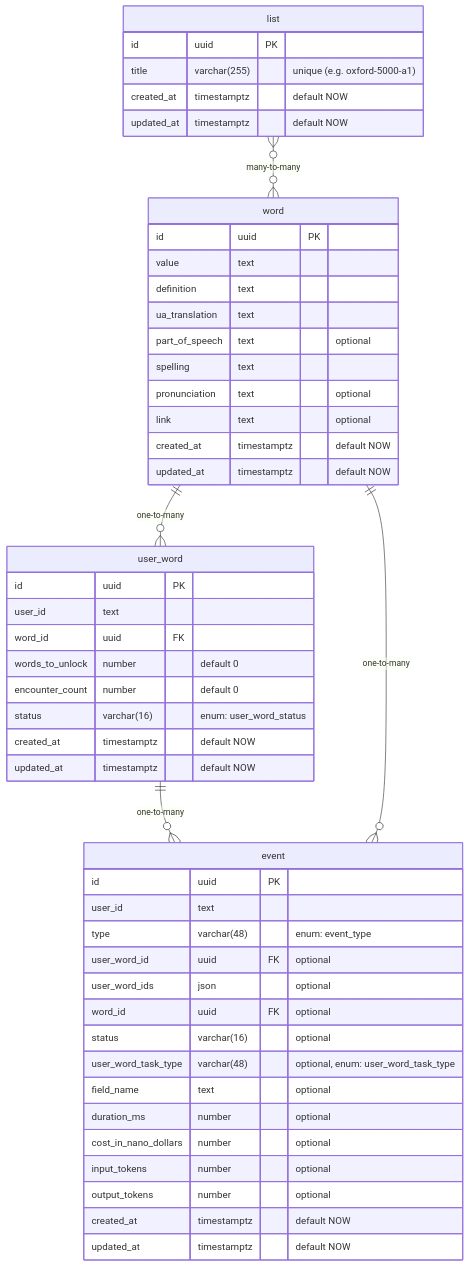
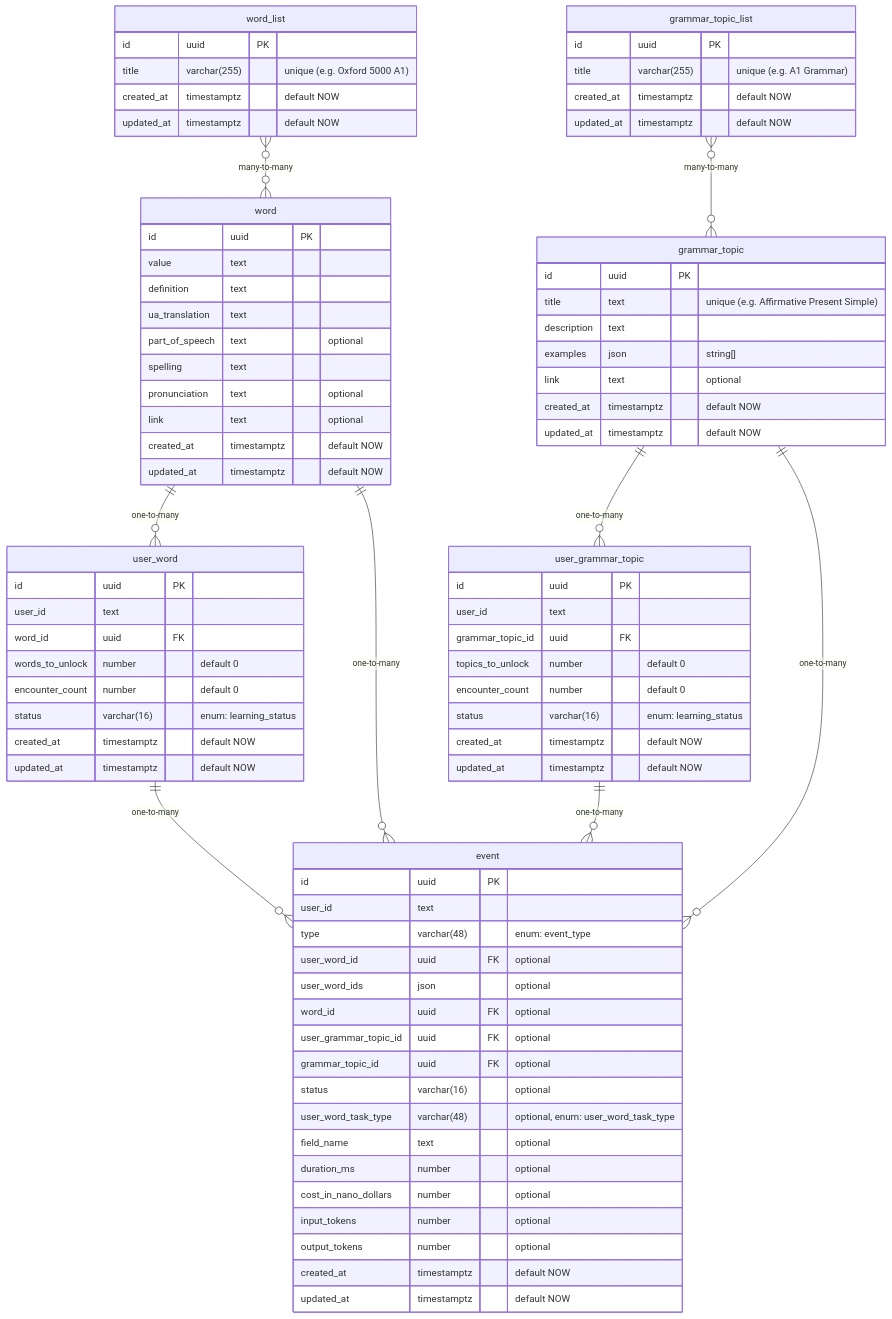
One commit to allohamora/learn-helper changed the diagram in docs/database-design.md. Above: the diagram before and after it, drawn with Mermaid. The commit also changed other lines of this file, not shown here.

Commit message:
docs: add grammar topics to database-design

````diff
--- a/docs/database-design.md
+++ b/docs/database-design.md
@@ -15,9 +15,26 @@
         updated_at timestamptz "default NOW"
     }
 
-    list {
+    grammar_topic {
         id uuid PK
-        title varchar(255) "unique (e.g. oxford-5000-a1)"
+        title text "unique (e.g. Affirmative Present Simple)"
+        description text
+        examples json "string[]"
+        link text "optional"
+        created_at timestamptz "default NOW"
+        updated_at timestamptz "default NOW"
+    }
+
+    word_list {
+        id uuid PK
+        title varchar(255) "unique (e.g. Oxford 5000 A1)"
+        created_at timestamptz "default NOW"
+        updated_at timestamptz "default NOW"
+    }
+
+    grammar_topic_list {
+        id uuid PK
+        title varchar(255) "unique (e.g. A1 Grammar)"
         created_at timestamptz "default NOW"
         updated_at timestamptz "default NOW"
     }
@@ -28,7 +45,18 @@
         word_id uuid FK
         words_to_unlock number "default 0"
         encounter_count number "default 0"
-        status varchar(16) "enum: user_word_status"
+        status varchar(16) "enum: learning_status"
+        created_at timestamptz "default NOW"
+        updated_at timestamptz "default NOW"
+    }
+
+    user_grammar_topic {
+        id uuid PK
+        user_id text
+        grammar_topic_id uuid FK
+        topics_to_unlock number "default 0"
+        encounter_count number "default 0"
+        status varchar(16) "enum: learning_status"
         created_at timestamptz "default NOW"
         updated_at timestamptz "default NOW"
     }
@@ -40,6 +68,8 @@
         user_word_id uuid FK "optional"
         user_word_ids json "optional"
         word_id uuid FK "optional"
+        user_grammar_topic_id uuid FK "optional"
+        grammar_topic_id uuid FK "optional"
         status varchar(16) "optional"
         user_word_task_type varchar(48) "optional, enum: user_word_task_type"
         field_name text "optional"
@@ -51,8 +81,12 @@
         updated_at timestamptz "default NOW"
     }
 
-    list }o--o{ word : "many-to-many"
+    word_list }o--o{ word : "many-to-many"
+    grammar_topic_list }o--o{ grammar_topic : "many-to-many"
     word ||--o{ user_word : "one-to-many"
+    grammar_topic ||--o{ user_grammar_topic : "one-to-many"
     user_word ||--o{ event : "one-to-many"
+    user_grammar_topic ||--o{ event : "one-to-many"
     word ||--o{ event : "one-to-many"
+    grammar_topic ||--o{ event : "one-to-many"
 ```
````
